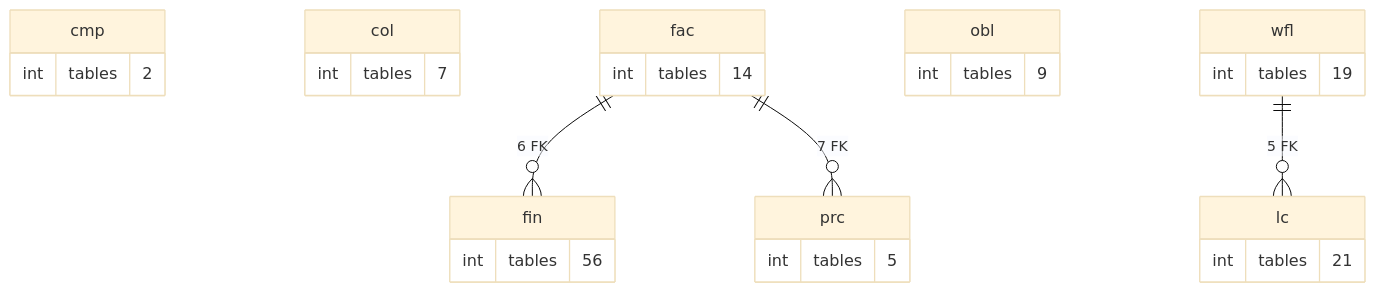
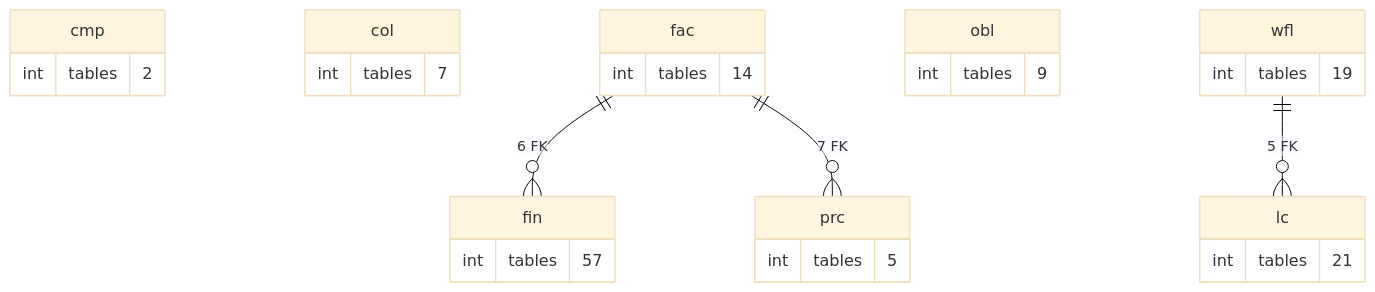
The diagram in treasury-platform/docs/diagrams/erd/schema_map_2.mmd (thawrasy/smartlines), drawn with Mermaid (base theme) before and after one commit. The commit also changed 188 other files, not shown here.

```diff
--- a/treasury-platform/docs/diagrams/erd/schema_map_2.mmd
+++ b/treasury-platform/docs/diagrams/erd/schema_map_2.mmd
@@ -1,29 +1,29 @@
 %% التسهيلات والعمليات: التسعير والضمانات والالتزامات والبيانات المالية والطلبات والاعتمادات: العلاقة = عدد المفاتيح الأجنبية بين المخططين (≥ 5)
 erDiagram
   cmp {
     int tables "2"
   }
   col {
     int tables "7"
   }
   fac {
     int tables "14"
   }
   fin {
-    int tables "56"
+    int tables "57"
   }
   lc {
     int tables "21"
   }
   obl {
     int tables "9"
   }
   prc {
     int tables "5"
   }
   wfl {
     int tables "19"
   }
   fac ||--o{ fin : "6 FK"
   fac ||--o{ prc : "7 FK"
   wfl ||--o{ lc : "5 FK"
```
